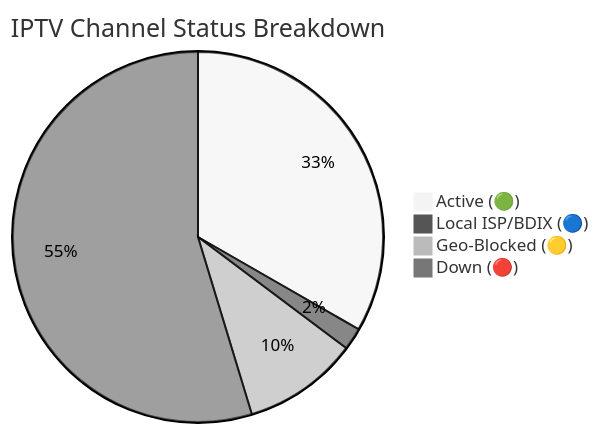
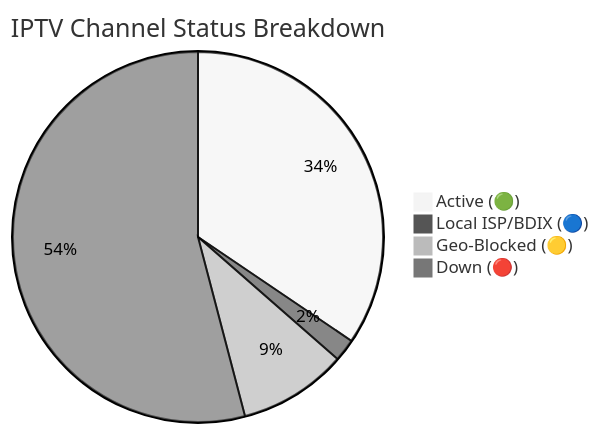
One commit to andreataylord/Ip-tv-Collection changed the diagram in README.md. Above: the diagram before and after it, drawn with Mermaid (neutral theme). The commit also changed other lines of this file and 2 other files, not shown here.

````diff
--- a/README.md
+++ b/README.md
@@ -59,7 +59,7 @@
 ```mermaid
 pie title IPTV Channel Status Breakdown
-    "Active (🟢)" : 2203
+    "Active (🟢)" : 2245
     "Local ISP/BDIX (🔵)" : 128
-    "Geo-Blocked (🟡)" : 666
-    "Down (🔴)" : 3618
+    "Geo-Blocked (🟡)" : 617
+    "Down (🔴)" : 3522
 ```
````
